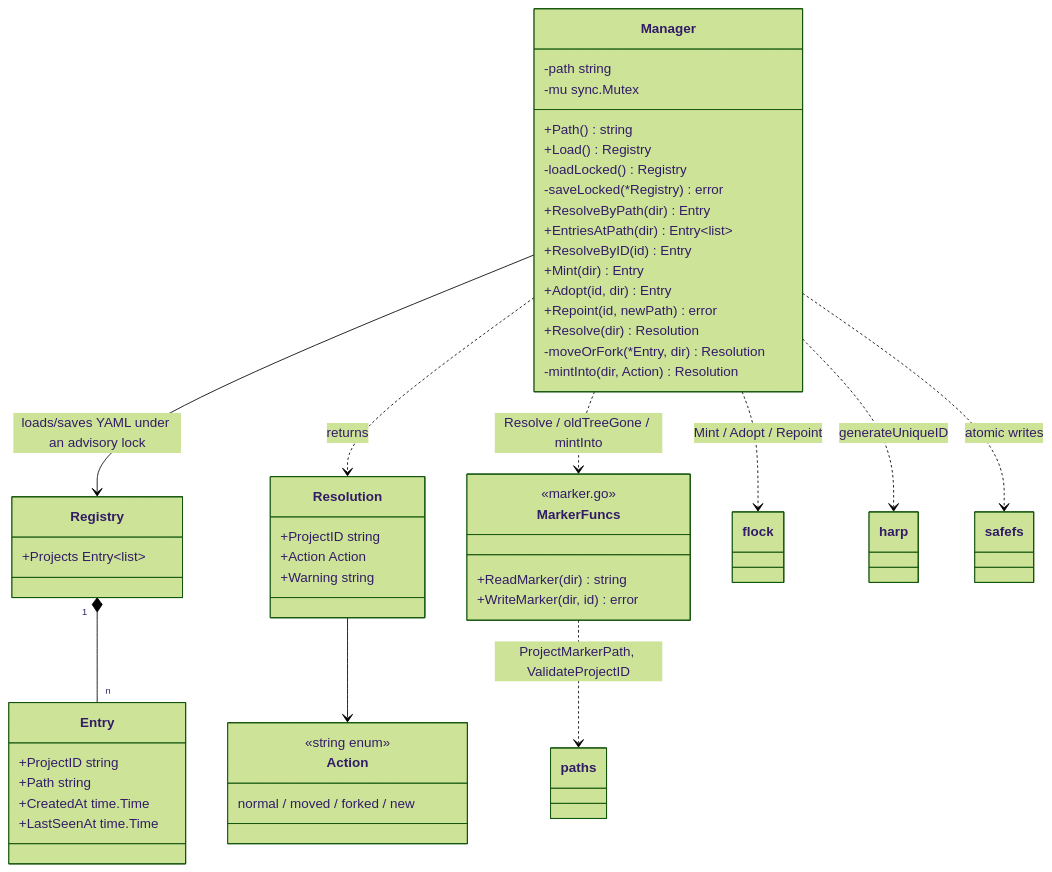
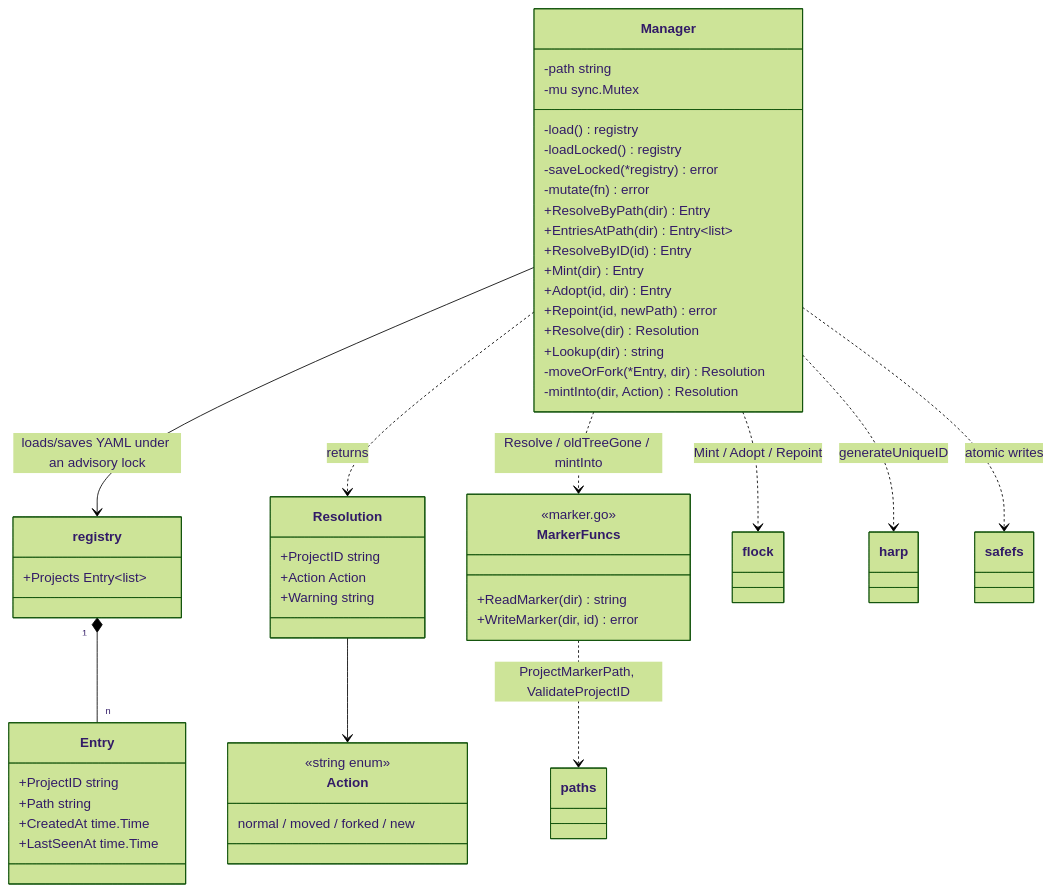
Before and after one commit to ctxloom/ctxloom: the diagram in docs/architecture/shared/tasks-identity.md, drawn with Mermaid (forest theme). The commit also changed other lines of this file and 1 other file, not shown here.

Commit message:
docs(projectid): Open creates nothing; draw Lookup and mutate
tasks-identity said Open creates the parent dir and drew Path/Load and an
exported Registry; opening creates nothing, the first mutation lays out
the directory, Lookup is Resolve for a read, and the document type is
unexported.

````diff
--- a/docs/architecture/shared/tasks-identity.md
+++ b/docs/architecture/shared/tasks-identity.md
@@ -7,53 +7,54 @@
 ```mermaid
 classDiagram
     class Manager {
         -path string
         -mu sync.Mutex
-        +Path() string
-        +Load() Registry
-        -loadLocked() Registry
-        -saveLocked(*Registry) error
+        -load() registry
+        -loadLocked() registry
+        -saveLocked(*registry) error
+        -mutate(fn) error
         +ResolveByPath(dir) Entry
         +EntriesAtPath(dir) Entry~list~
         +ResolveByID(id) Entry
         +Mint(dir) Entry
         +Adopt(id, dir) Entry
         +Repoint(id, newPath) error
         +Resolve(dir) Resolution
+        +Lookup(dir) string
         -moveOrFork(*Entry, dir) Resolution
         -mintInto(dir, Action) Resolution
     }
-    class Registry {
+    class registry {
         +Projects Entry~list~
     }
     class Entry {
         +ProjectID string
         +Path string
         +CreatedAt time.Time
         +LastSeenAt time.Time
     }
     class Resolution {
         +ProjectID string
         +Action Action
         +Warning string
     }
     class Action {
         <<string enum>>
         normal / moved / forked / new
     }
     class MarkerFuncs {
         <<marker.go>>
         +ReadMarker(dir) string
         +WriteMarker(dir, id) error
     }
 
-    Manager --> Registry : loads/saves YAML under an advisory lock
-    Registry "1" *-- "n" Entry
+    Manager --> registry : loads/saves YAML under an advisory lock
+    registry "1" *-- "n" Entry
     Manager ..> Resolution : returns
     Resolution --> Action
     Manager ..> MarkerFuncs : Resolve / oldTreeGone / mintInto
     MarkerFuncs ..> paths : ProjectMarkerPath, ValidateProjectID
     Manager ..> flock : Mint / Adopt / Repoint
     Manager ..> harp : generateUniqueID
     Manager ..> safefs : atomic writes
 ```
````
